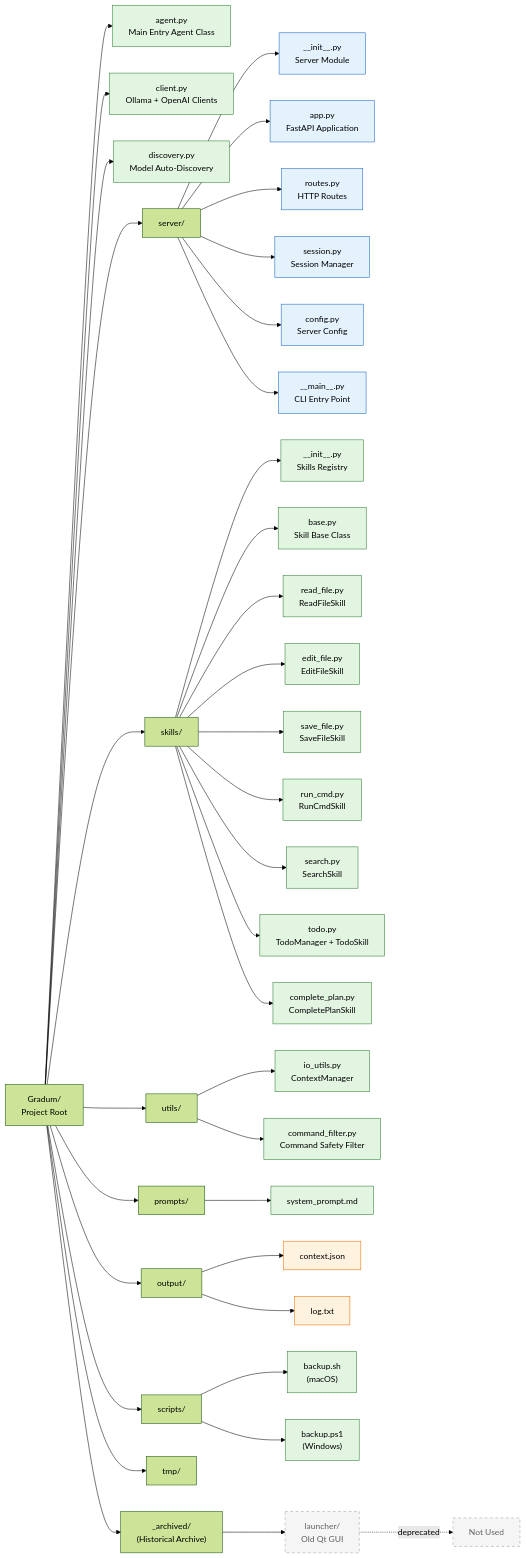
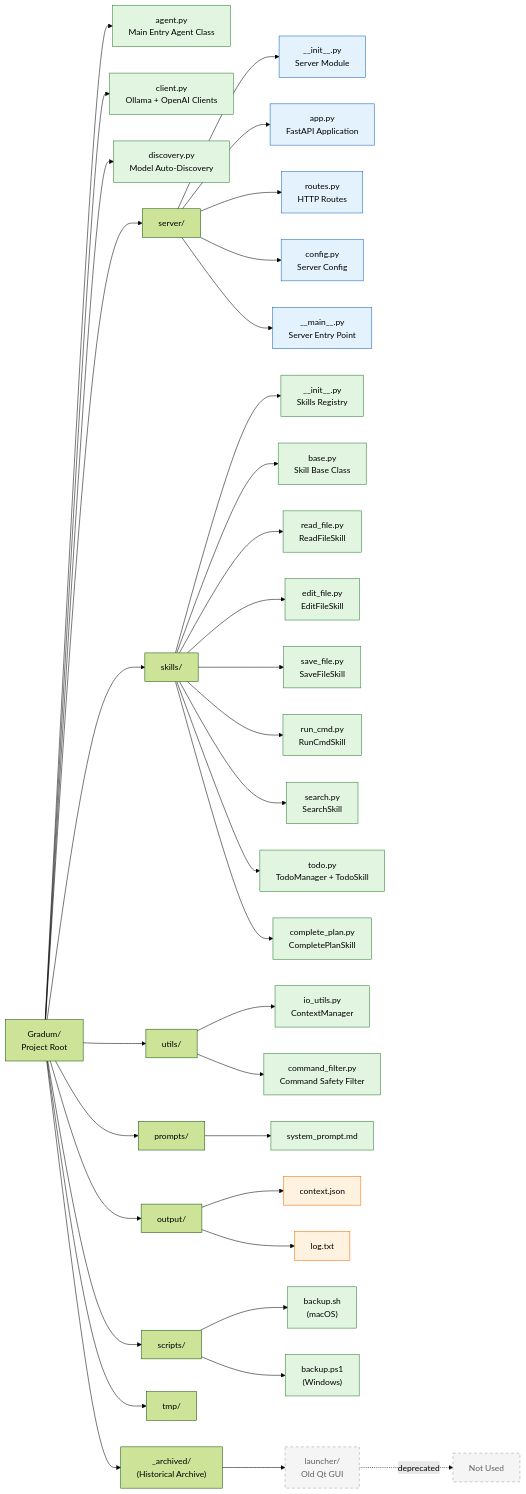
One commit to lg841226/Gradum changed the first of 15 diagrams in docs/ARCHITECTURE.md. Above: the diagram before and after it, drawn with Mermaid (forest theme). The commit also changed other lines of this file and 16 other files, not shown here.

````diff
--- a/docs/ARCHITECTURE.md
+++ b/docs/ARCHITECTURE.md
@@ -195,58 +195,57 @@
 ```mermaid
 graph LR
     Root["Gradum/<br/>Project Root"]
 
     Root --> Agent["agent.py<br/>Main Entry Agent Class"]
     Root --> Client["client.py<br/>Ollama + OpenAI Clients"]
     Root --> Discovery["discovery.py<br/>Model Auto-Discovery"]
     Root --> ServerDir["server/"]
 
     Root --> SkillsDir["skills/"]
     Root --> Utils["utils/"]
     Root --> Prompts["prompts/"]
     Root --> Output["output/"]
     Root --> Scripts["scripts/"]
     Root --> Tmp["tmp/"]
     Root --> Archived["_archived/<br/>(Historical Archive)"]
 
     ServerDir --> SV_Init["__init__.py<br/>Server Module"]
     ServerDir --> SV_App["app.py<br/>FastAPI Application"]
     ServerDir --> SV_Routes["routes.py<br/>HTTP Routes"]
-    ServerDir --> SV_Session["session.py<br/>Session Manager"]
     ServerDir --> SV_Config["config.py<br/>Server Config"]
-    ServerDir --> SV_Main["__main__.py<br/>CLI Entry Point"]
+    ServerDir --> SV_Main["__main__.py<br/>Server Entry Point"]
 
     SkillsDir --> SK_Init["__init__.py<br/>Skills Registry"]
     SkillsDir --> SK_Base["base.py<br/>Skill Base Class"]
     SkillsDir --> SK_Read["read_file.py<br/>ReadFileSkill"]
     SkillsDir --> SK_Edit["edit_file.py<br/>EditFileSkill"]
     SkillsDir --> SK_Save["save_file.py<br/>SaveFileSkill"]
     SkillsDir --> SK_Cmd["run_cmd.py<br/>RunCmdSkill"]
     SkillsDir --> SK_Search["search.py<br/>SearchSkill"]
     SkillsDir --> SK_Todo["todo.py<br/>TodoManager + TodoSkill"]
     SkillsDir --> SK_Finish["complete_plan.py<br/>CompletePlanSkill"]
 
     Utils --> IO["io_utils.py<br/>ContextManager"]
     Utils --> CF["command_filter.py<br/>Command Safety Filter"]
 
     Prompts --> SysPrompt["system_prompt.md"]
 
     Output --> Ctx["context.json"]
     Output --> Log["log.txt"]
 
     Scripts --> Bsh["backup.sh<br/>(macOS)"]
     Scripts --> Bps1["backup.ps1<br/>(Windows)"]
 
     Archived --> Launcher["launcher/<br/>Old Qt GUI"]
     Launcher -.->|"deprecated"| NoUse["Not Used"]
 
     classDef active fill:#e1f5e1,stroke:#2e7d32,color:#000
     classDef archive fill:#f5f5f5,stroke:#9e9e9e,color:#616161,stroke-dasharray: 5
     classDef data fill:#fff3e0,stroke:#ef6c00,color:#000
     classDef server fill:#e3f2fd,stroke:#1565c0,color:#000
 
     class Agent,Client,Discovery,SK_Init,SK_Base,SK_Read,SK_Edit,SK_Save,SK_Cmd,SK_Search,SK_Todo,SK_Finish,IO,CF,SysPrompt,Bsh,Bps1 active
     class SV_Init,SV_App,SV_Routes,SV_Session,SV_Config,SV_Main server
     class Ctx,Log data
     class Launcher,NoUse archive
 ```
````
